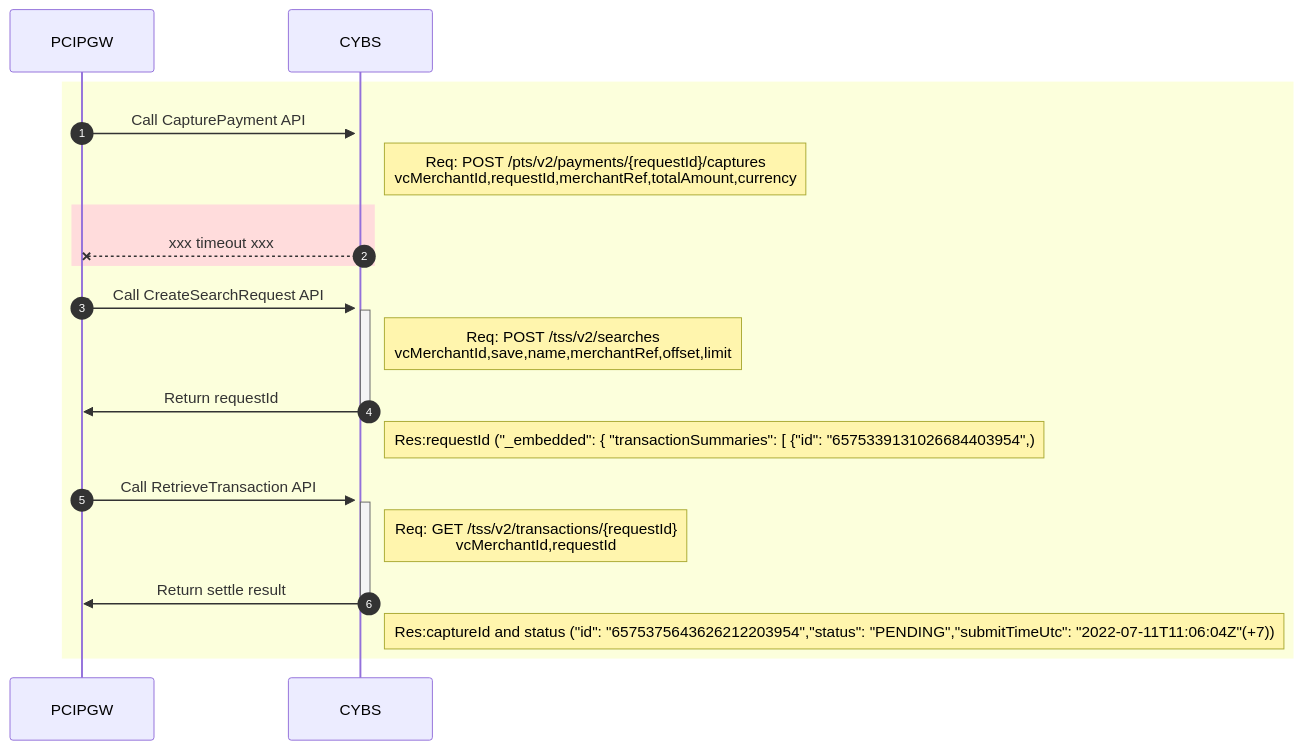
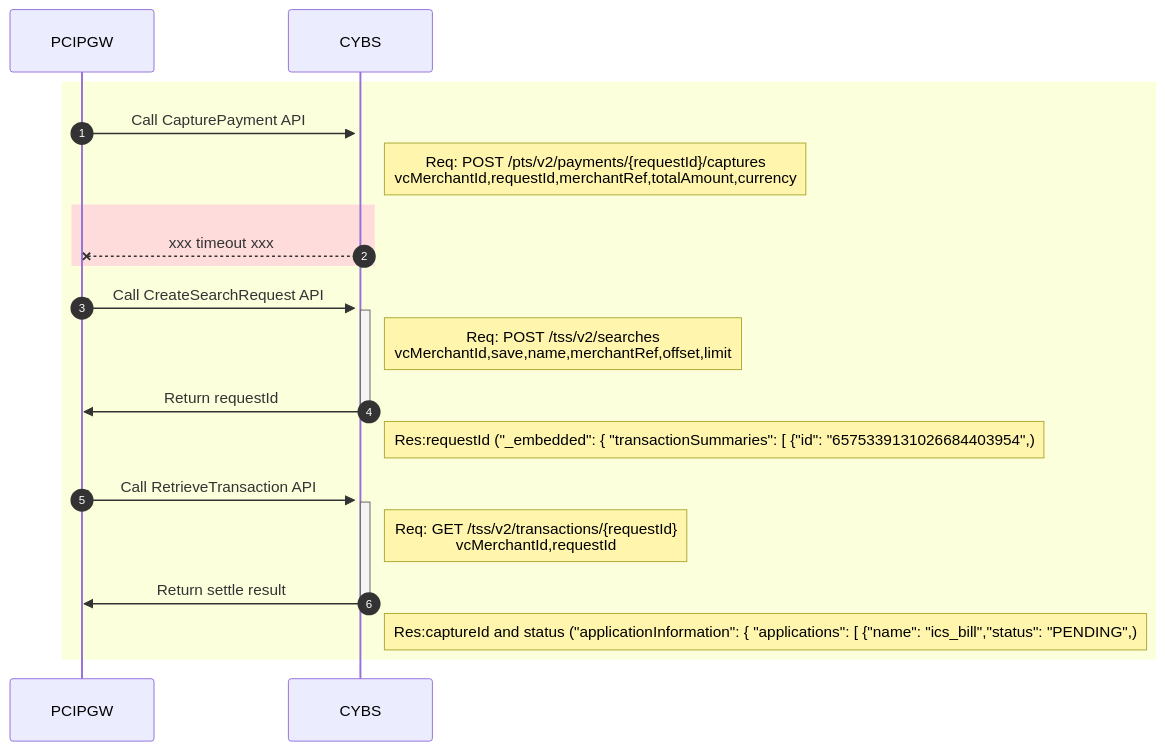
The eighth of 8 diagrams in Cybs-Ph2-Flow3.md (yuusuke25/MyNotes), drawn with Mermaid before and after one commit. The commit also changed other lines of this file, not shown here.

````diff
--- a/Cybs-Ph2-Flow3.md
+++ b/Cybs-Ph2-Flow3.md
@@ -129,19 +138,19 @@
 ```mermaid
     sequenceDiagram
     autonumber
         rect rgb(252, 255, 220)
             PCIPGW->>+CYBS:Call CapturePayment API
             Note right of CYBS: Req: POST /pts/v2/payments/{requestId}/captures<br>vcMerchantId,requestId,merchantRef,totalAmount,currency
             rect rgb(255, 220, 220)
               CYBS--XPCIPGW: xxx timeout xxx
             end
             PCIPGW->>+CYBS:Call CreateSearchRequest API
             Note right of CYBS: Req: POST /tss/v2/searches<br>vcMerchantId,save,name,merchantRef,offset,limit
             CYBS->>-PCIPGW:Return requestId
             Note right of CYBS: Res:requestId ("_embedded": { "transactionSummaries": [ {"id": "6575339131026684403954",)
             PCIPGW->>+CYBS:Call RetrieveTransaction API
             Note right of CYBS: Req: GET /tss/v2/transactions/{requestId}<br>vcMerchantId,requestId
             CYBS->>-PCIPGW:Return settle result
-            Note right of CYBS: Res:captureId and status ("id": "6575375643626212203954","status": "PENDING","submitTimeUtc": "2022-07-11T11:06:04Z"(+7))
+            Note right of CYBS: Res:captureId and status ("applicationInformation": { "applications": [ {"name": "ics_bill","status": "PENDING",)
         end
 ```
````
